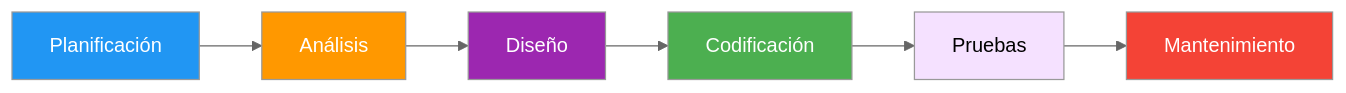
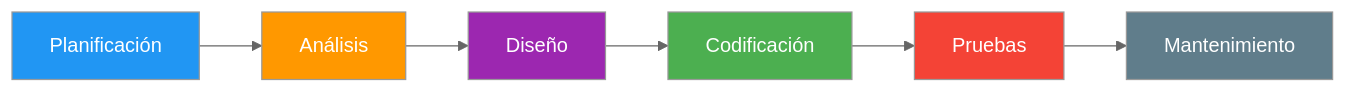
Before and after one commit to joseluisgs/EntornosDesarrollo-01-2026-2027: the first of 9 diagrams in 04-modelos-metodologias.md, drawn with Mermaid (neutral theme). The commit also changed other lines of this file, not shown here.

````diff
--- a/04-modelos-metodologias.md
+++ b/04-modelos-metodologias.md
@@ -30,15 +47,15 @@
 ```mermaid
 graph LR
     A[Planificación] --> B[Análisis]
     B --> C[Diseño]
     C --> D[Codificación]
     D --> E[Pruebas]
     E --> F[Mantenimiento]
 
     style A fill:#2196F3,color:#fff
     style B fill:#FF9800,color:#fff
     style C fill:#9C27B0,color:#fff
     style D fill:#4CAF50,color:#fff
-    style E fill:#f5e1ff
-    style F fill:#f44336,color:#fff
+    style E fill:#f44336,color:#fff
+    style F fill:#607D8B,color:#fff
 ```
````
